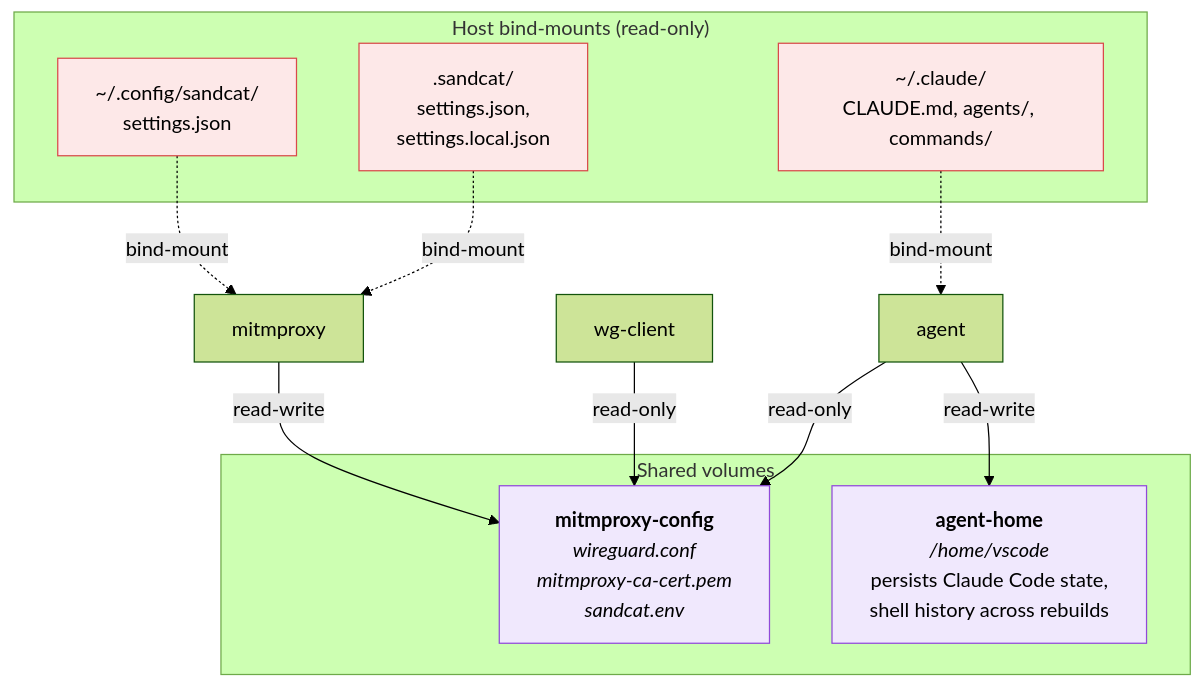
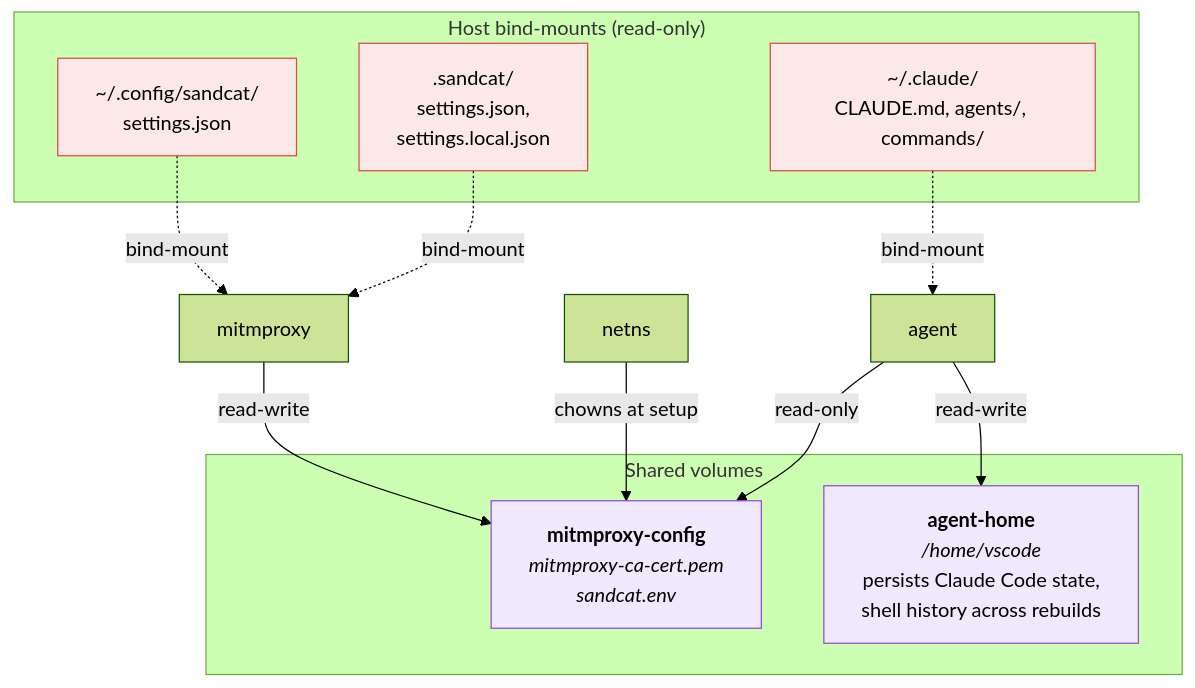
Before and after one commit to JEHoctor/sandcat: the second of 3 diagrams in README.md, drawn with Mermaid (forest theme). The commit also changed other lines of this file and 39 other files, not shown here.

````diff
--- a/README.md
+++ b/README.md
@@ -1151,27 +1169,27 @@
 ```mermaid
 flowchart TB
     subgraph volumes["Shared volumes"]
-        mc["<b>mitmproxy-config</b><br/><i>wireguard.conf</i><br/><i>mitmproxy-ca-cert.pem</i><br/><i>sandcat.env</i>"]
+        mc["<b>mitmproxy-config</b><br/><i>mitmproxy-ca-cert.pem</i><br/><i>sandcat.env</i>"]
         ah["<b>agent-home</b><br/><i>/home/vscode</i><br/>persists Claude Code state,<br/>shell history across rebuilds"]
     end
 
     subgraph host["Host bind-mounts (read-only)"]
         settings["~/.config/sandcat/<br/>settings.json"]
         projsettings[".sandcat/<br/>settings.json,<br/>settings.local.json"]
         claude["~/.claude/<br/>CLAUDE.md, agents/, commands/"]
     end
 
     mitm["mitmproxy"] -- "read-write" --> mc
-    wg["wg-client"] -- "read-only" --> mc
+    netns["netns"] -- "chowns at setup" --> mc
     agent["agent"] -- "read-only" --> mc
     agent -- "read-write" --> ah
     settings -. "bind-mount" .-> mitm
     projsettings -. "bind-mount" .-> mitm
     claude -. "bind-mount" .-> agent
 
     style mc fill:#f0e8fd,stroke:#904ad9
     style ah fill:#f0e8fd,stroke:#904ad9
     style settings fill:#fde8e8,stroke:#d94a4a
     style projsettings fill:#fde8e8,stroke:#d94a4a
     style claude fill:#fde8e8,stroke:#d94a4a
 ```
````
